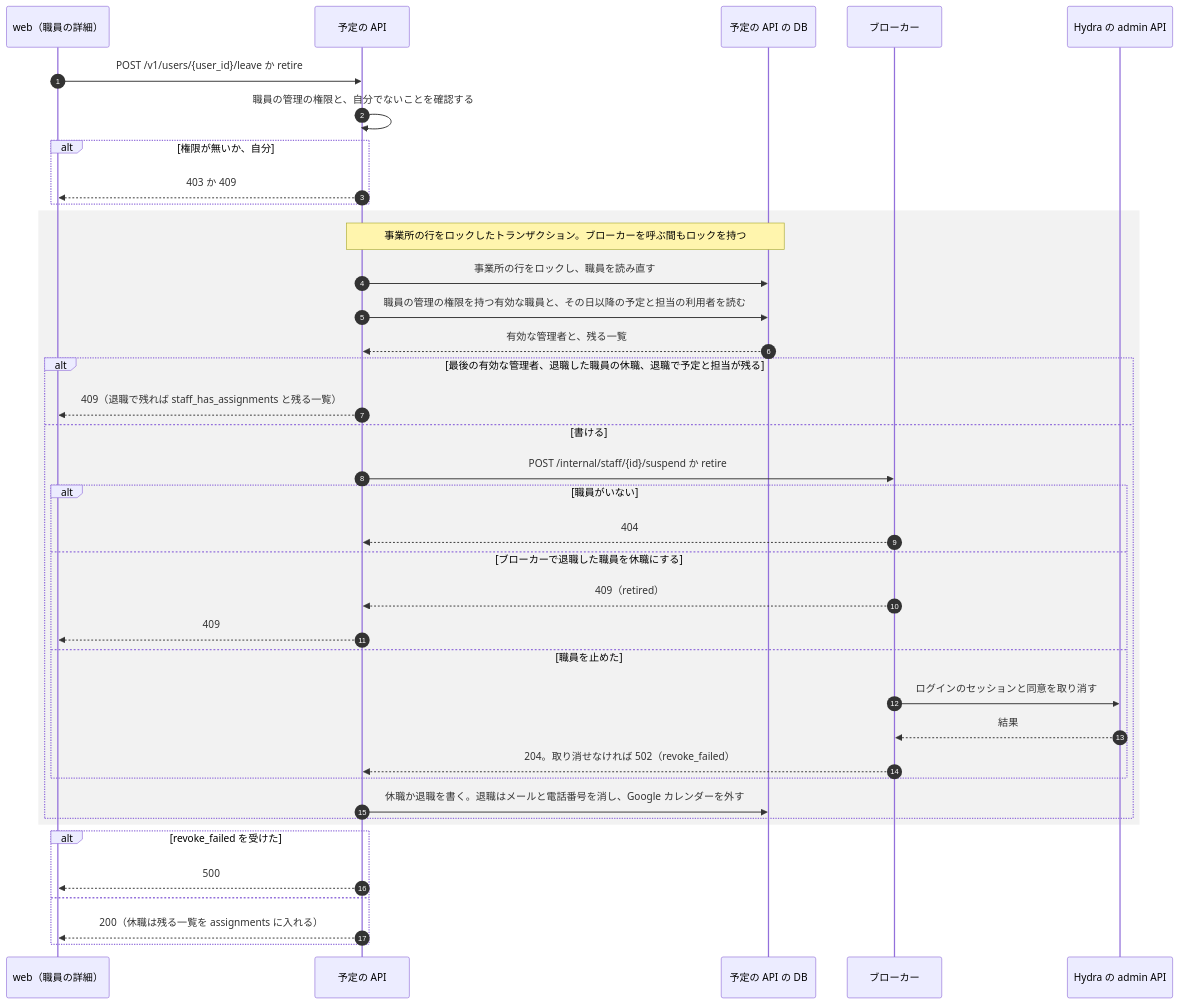
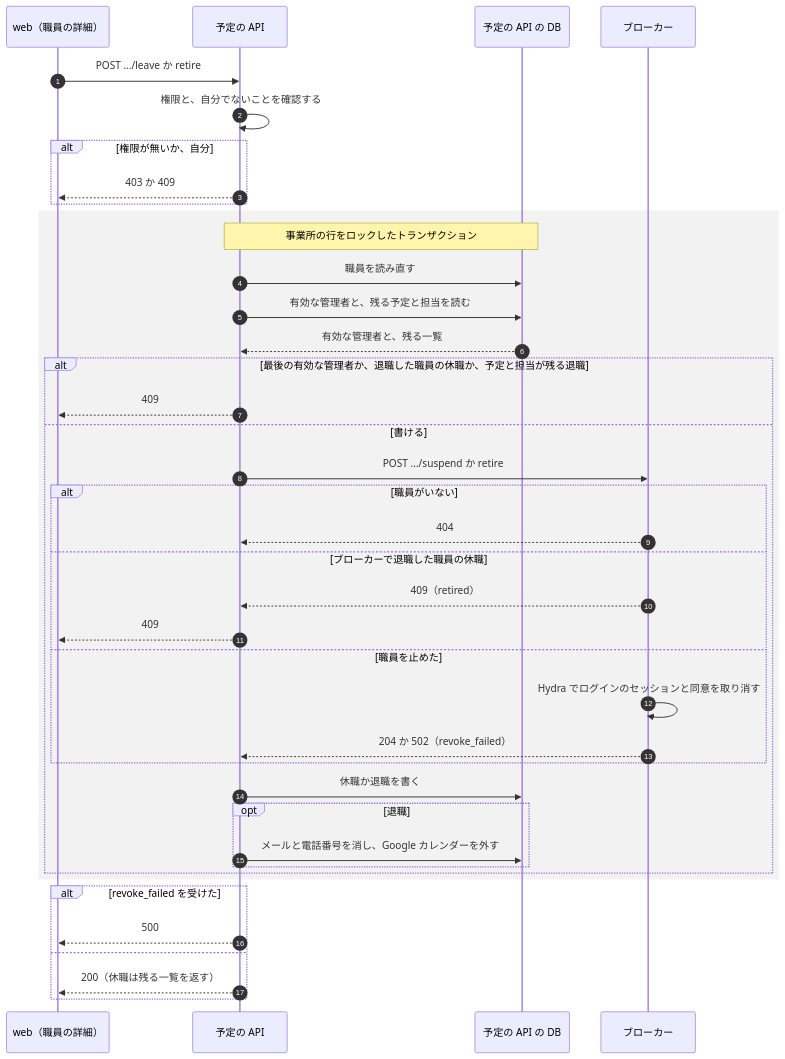
The fifth of 7 diagrams in services/broker/DesignDoc.md (Fukuemon/buddy), drawn with Mermaid before and after one commit.

Commit message:
docs(broker): 休職と退職の図のラベルを短くし、参加者を 4 つにする #426
参加者が 5 つで長いラベルの図は、サイトで文字が縮んで読めなかった。

````diff
--- a/services/broker/DesignDoc.md
+++ b/services/broker/DesignDoc.md
@@ -258,41 +258,42 @@
 ```mermaid
 sequenceDiagram
   autonumber
   participant W as web（職員の詳細）
   participant A as 予定の API
   participant DB as 予定の API の DB
   participant K as ブローカー
-  participant H as Hydra の admin API
-  W->>A: POST /v1/users/{user_id}/leave か retire
-  A->>A: 職員の管理の権限と、自分でないことを確認する
+  W->>A: POST .../leave か retire
+  A->>A: 権限と、自分でないことを確認する
   alt 権限が無いか、自分
     A-->>W: 403 か 409
   end
   rect rgba(128, 128, 128, 0.1)
-    Note over A,DB: 事業所の行をロックしたトランザクション。ブローカーを呼ぶ間もロックを持つ
-    A->>DB: 事業所の行をロックし、職員を読み直す
-    A->>DB: 職員の管理の権限を持つ有効な職員と、その日以降の予定と担当の利用者を読む
+    Note over A,DB: 事業所の行をロックしたトランザクション
+    A->>DB: 職員を読み直す
+    A->>DB: 有効な管理者と、残る予定と担当を読む
     DB-->>A: 有効な管理者と、残る一覧
-    alt 最後の有効な管理者、退職した職員の休職、退職で予定と担当が残る
-      A-->>W: 409（退職で残れば staff_has_assignments と残る一覧）
+    alt 最後の有効な管理者か、退職した職員の休職か、予定と担当が残る退職
+      A-->>W: 409
     else 書ける
-      A->>K: POST /internal/staff/{id}/suspend か retire
+      A->>K: POST .../suspend か retire
       alt 職員がいない
         K-->>A: 404
-      else ブローカーで退職した職員を休職にする
+      else ブローカーで退職した職員の休職
         K-->>A: 409（retired）
         A-->>W: 409
       else 職員を止めた
-        K->>H: ログインのセッションと同意を取り消す
-        H-->>K: 結果
-        K-->>A: 204。取り消せなければ 502（revoke_failed）
+        K->>K: Hydra でログインのセッションと同意を取り消す
+        K-->>A: 204 か 502（revoke_failed）
       end
-      A->>DB: 休職か退職を書く。退職はメールと電話番号を消し、Google カレンダーを外す
+      A->>DB: 休職か退職を書く
+      opt 退職
+        A->>DB: メールと電話番号を消し、Google カレンダーを外す
+      end
     end
   end
   alt revoke_failed を受けた
     A-->>W: 500
   else
-    A-->>W: 200（休職は残る一覧を assignments に入れる）
+    A-->>W: 200（休職は残る一覧を返す）
   end
 ```
````
